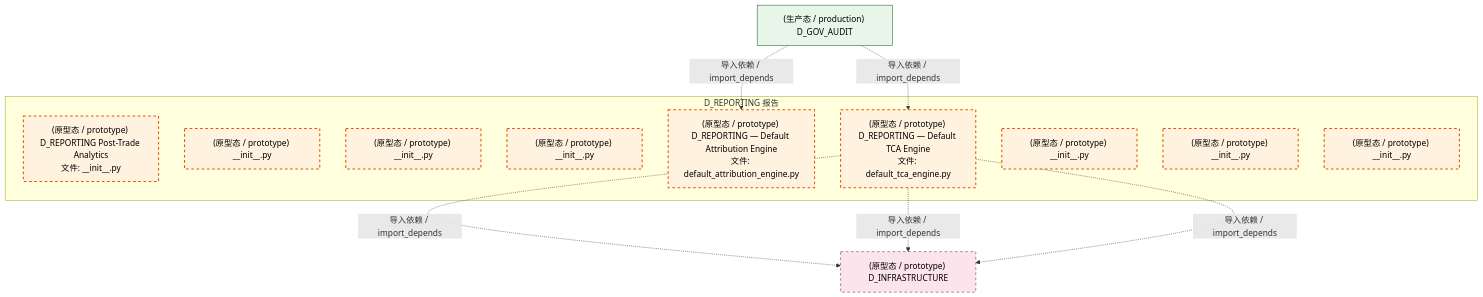
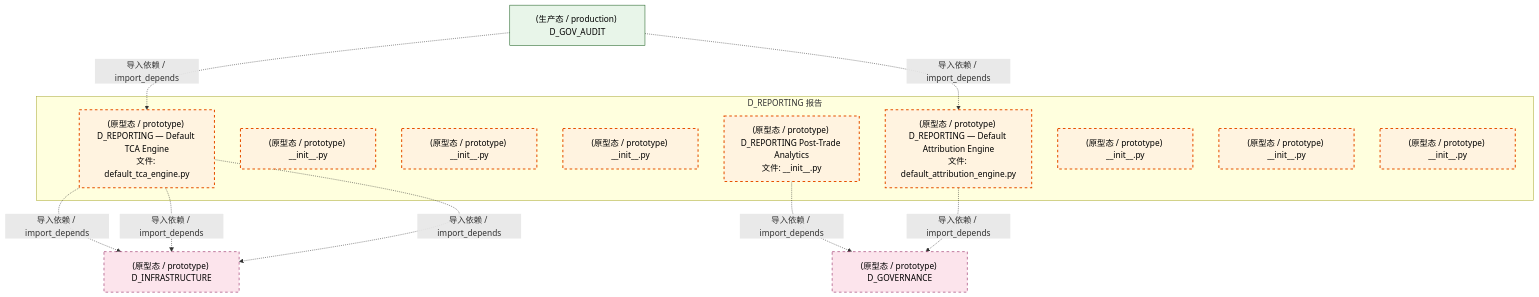
The third of 4 diagrams in docs/02_enterprise_architecture/02_domain_architecture_docs/23_d_reporting.md (xuanFelixVan/ZephyrAlpha), drawn with Mermaid before and after one commit. The commit also changed other lines of this file and 126 other files, not shown here.

````diff
--- a/docs/02_enterprise_architecture/02_domain_architecture_docs/23_d_reporting.md
+++ b/docs/02_enterprise_architecture/02_domain_architecture_docs/23_d_reporting.md
@@ -149,28 +153,31 @@
 ```mermaid
 graph TD
     subgraph D_REPORTING["D_REPORTING 报告"]
         src_zephyr_reporting_init_py["(原型态 / prototype) D_REPORTING Post-Trade Analytics<br/>文件: __init__.py"]
         src_zephyr_reporting_extensions_init_py["(原型态 / prototype) __init__.py"]
         src_zephyr_reporting_api_init_py["(原型态 / prototype) __init__.py"]
         src_zephyr_reporting_core_init_py["(原型态 / prototype) __init__.py"]
         src_zephyr_reporting_default_attribution_engine_py["(原型态 / prototype) D_REPORTING — Default Attribution Engine<br/>文件: default_attribution_engine.py"]
         src_zephyr_reporting_default_tca_engine_py["(原型态 / prototype) D_REPORTING — Default TCA Engine<br/>文件: default_tca_engine.py"]
         src_zephyr_reporting_infrastructure_init_py["(原型态 / prototype) __init__.py"]
         src_zephyr_reporting_models_init_py["(原型态 / prototype) __init__.py"]
         src_zephyr_reporting_services_init_py["(原型态 / prototype) __init__.py"]
     end
+    D_GOVERNANCE["(原型态 / prototype) D_GOVERNANCE"]
+    src_zephyr_reporting_init_py -.->|导入依赖 / import_depends| D_GOVERNANCE
+    src_zephyr_reporting_default_attribution_engine_py -.->|导入依赖 / import_depends| D_GOVERNANCE
     D_INFRASTRUCTURE["(原型态 / prototype) D_INFRASTRUCTURE"]
     src_zephyr_reporting_default_tca_engine_py -.->|导入依赖 / import_depends| D_INFRASTRUCTURE
     src_zephyr_reporting_default_tca_engine_py -.->|导入依赖 / import_depends| D_INFRASTRUCTURE
     src_zephyr_reporting_default_tca_engine_py -.->|导入依赖 / import_depends| D_INFRASTRUCTURE
     D_GOV_AUDIT["(生产态 / production) D_GOV_AUDIT"]
     D_GOV_AUDIT -.->|导入依赖 / import_depends| src_zephyr_reporting_default_tca_engine_py
     D_GOV_AUDIT -.->|导入依赖 / import_depends| src_zephyr_reporting_default_attribution_engine_py
     classDef production fill:#e1f5fe,stroke:#01579b,stroke-width:2px,color:#000
     classDef design fill:#fff3e0,stroke:#e65100,stroke-width:2px,color:#000,stroke-dasharray: 5 5
     classDef external_prod fill:#e8f5e9,stroke:#1b5e20,stroke-width:1px,color:#000
     classDef external_design fill:#fce4ec,stroke:#880e4f,stroke-width:1px,color:#000,stroke-dasharray: 5 5
     class src_zephyr_reporting_init_py,src_zephyr_reporting_extensions_init_py,src_zephyr_reporting_api_init_py,src_zephyr_reporting_core_init_py,src_zephyr_reporting_default_attribution_engine_py,src_zephyr_reporting_default_tca_engine_py,src_zephyr_reporting_infrastructure_init_py,src_zephyr_reporting_models_init_py,src_zephyr_reporting_services_init_py design
     class D_GOV_AUDIT external_prod
-    class D_INFRASTRUCTURE external_design
+    class D_GOVERNANCE,D_INFRASTRUCTURE external_design
 ```
````
